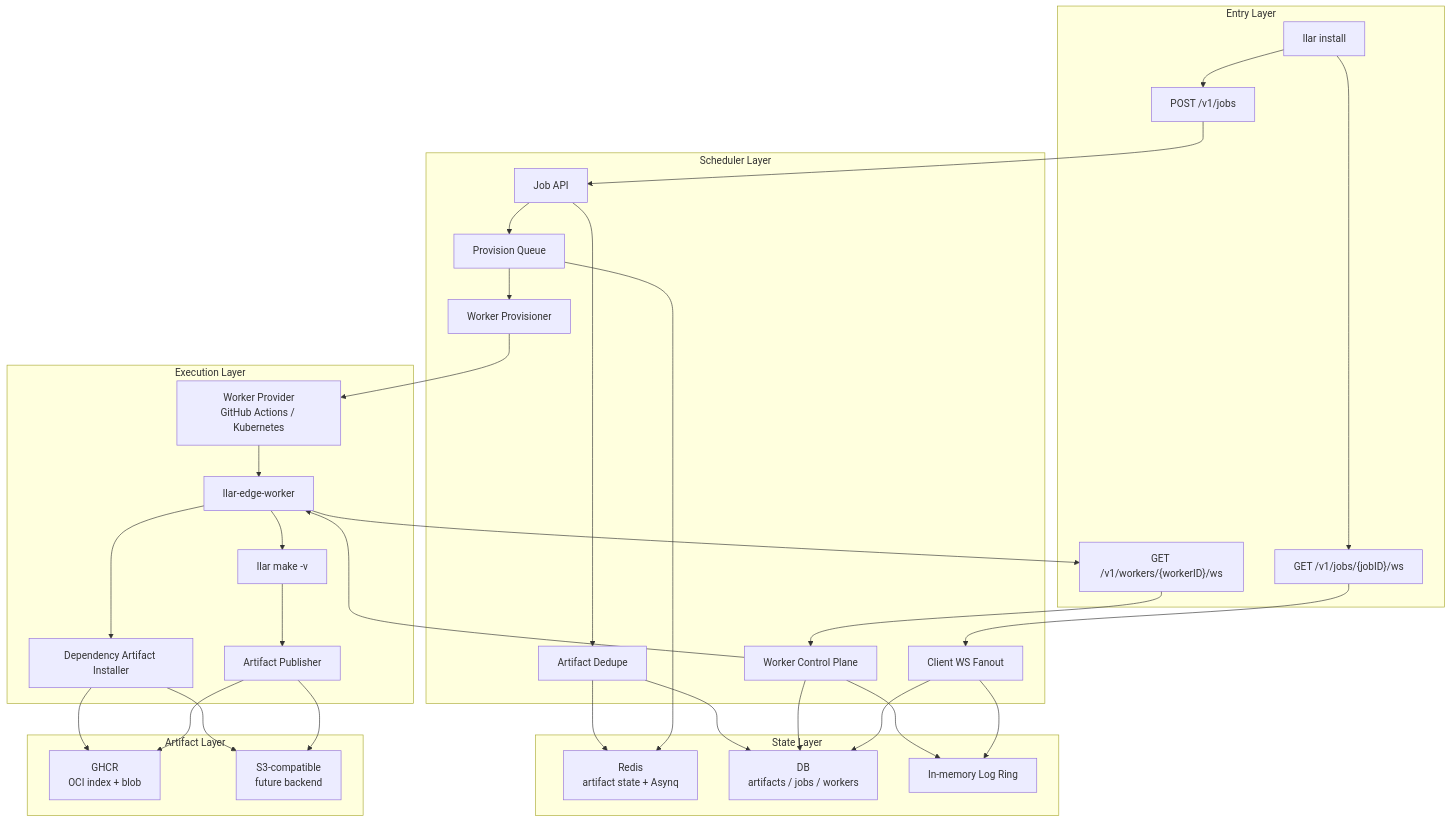
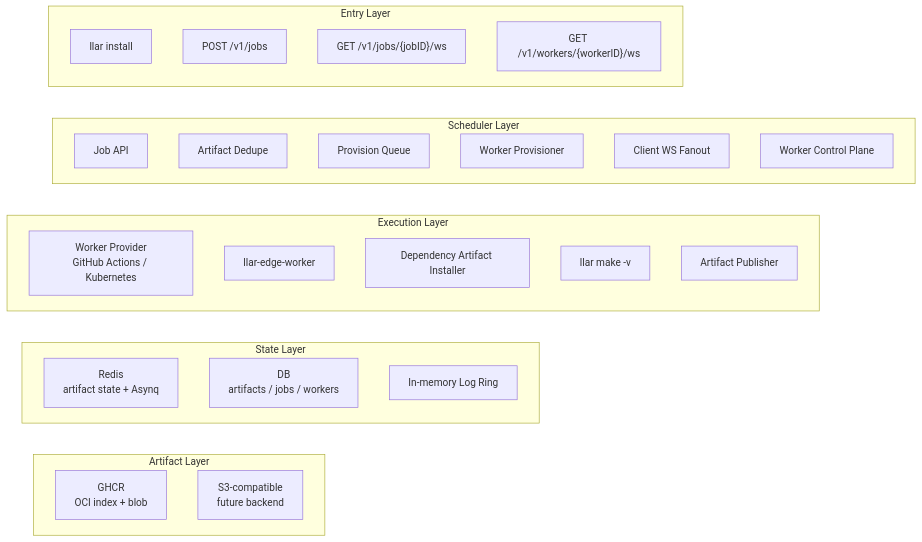
One commit to MeteorsLiu/llar changed the second of 2 diagrams in docs/superpowers/specs/2026-05-25-cloud-build-design.md. Above: the diagram before and after it, drawn with Mermaid.

Commit message:
docs: make layered diagram arrowless

````diff
--- a/docs/superpowers/specs/2026-05-25-cloud-build-design.md
+++ b/docs/superpowers/specs/2026-05-25-cloud-build-design.md
@@ -37,68 +37,42 @@
 ```mermaid
 flowchart TB
   subgraph Entry["Entry Layer"]
     CLI["llar install"]
     SubmitAPI["POST /v1/jobs"]
     ClientWS["GET /v1/jobs/{jobID}/ws"]
     WorkerWS["GET /v1/workers/{workerID}/ws"]
   end
 
   subgraph SchedulerLayer["Scheduler Layer"]
     JobAPI["Job API"]
     Dedupe["Artifact Dedupe"]
     Queue["Provision Queue"]
     Provisioner["Worker Provisioner"]
     Fanout["Client WS Fanout"]
     WorkerControl["Worker Control Plane"]
   end
 
   subgraph Execution["Execution Layer"]
     Provider["Worker Provider<br/>GitHub Actions / Kubernetes"]
     EdgeWorker["llar-edge-worker"]
     DepInstaller["Dependency Artifact Installer"]
     LocalBuild["llar make -v"]
     Publisher["Artifact Publisher"]
   end
 
   subgraph State["State Layer"]
     RedisState["Redis<br/>artifact state + Asynq"]
     DB["DB<br/>artifacts / jobs / workers"]
     LogRing["In-memory Log Ring"]
   end
 
   subgraph ArtifactStore["Artifact Layer"]
     GHCR["GHCR<br/>OCI index + blob"]
     S3["S3-compatible<br/>future backend"]
   end
 
-  CLI --> SubmitAPI
-  CLI --> ClientWS
-  EdgeWorker --> WorkerWS
-
-  SubmitAPI --> JobAPI
-  ClientWS --> Fanout
-  WorkerWS --> WorkerControl
-
-  JobAPI --> Dedupe
-  Dedupe --> RedisState
-  Dedupe --> DB
-  JobAPI --> Queue
-  Queue --> RedisState
-  Queue --> Provisioner
-  Provisioner --> Provider
-
-  Provider --> EdgeWorker
-  WorkerControl --> EdgeWorker
-  EdgeWorker --> DepInstaller
-  DepInstaller --> GHCR
-  DepInstaller --> S3
-  EdgeWorker --> LocalBuild
-  LocalBuild --> Publisher
-  Publisher --> GHCR
-  Publisher --> S3
-
-  WorkerControl --> LogRing
-  WorkerControl --> DB
-  Fanout --> LogRing
-  Fanout --> DB
+  CLI ~~~ JobAPI
+  JobAPI ~~~ Provider
+  Provider ~~~ RedisState
+  RedisState ~~~ GHCR
 ```
````
